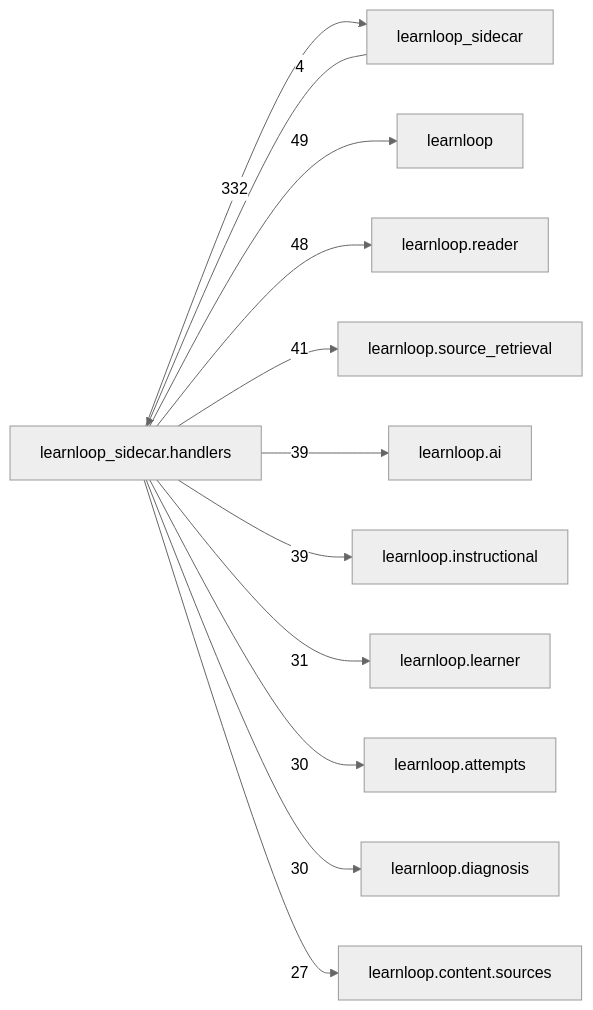
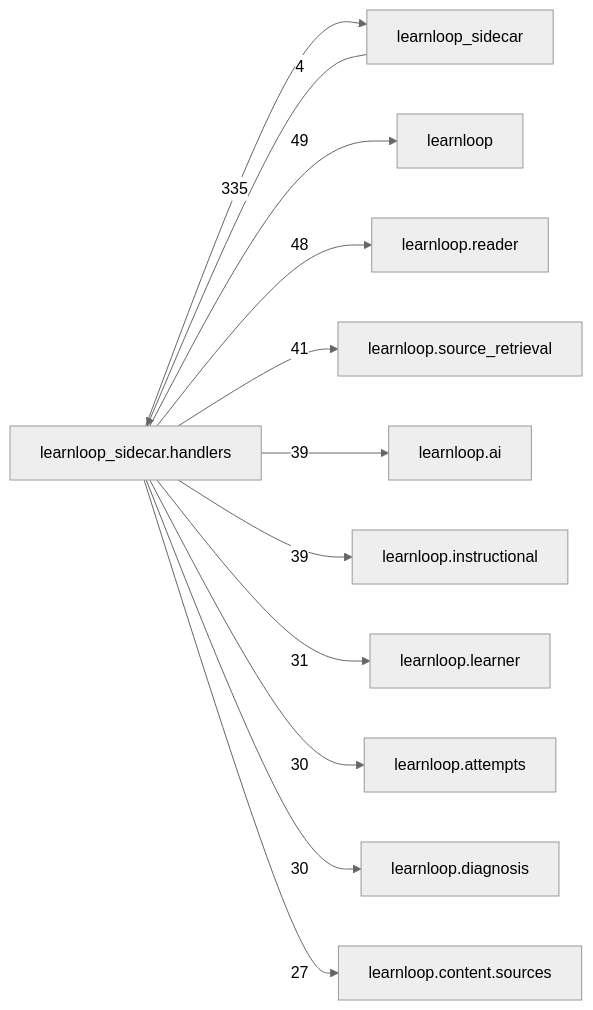
One commit to 6up-b/learnanything changed the diagram in docs/learnloop-architecture-vault/Reference/Modules/learnloop_sidecar/handlers/_package.md. Above: the diagram before and after it, drawn with Mermaid (neutral theme). The commit also changed other lines of this file and 29 other files, not shown here.

````diff
--- a/docs/learnloop-architecture-vault/Reference/Modules/learnloop_sidecar/handlers/_package.md
+++ b/docs/learnloop-architecture-vault/Reference/Modules/learnloop_sidecar/handlers/_package.md
@@ -269,25 +269,25 @@
 ```mermaid
 flowchart LR
     center["learnloop_sidecar.handlers"]
     n_learnloop_sidecar["learnloop_sidecar"]
     n_learnloop["learnloop"]
     n_learnloop_reader["learnloop.reader"]
     n_learnloop_source_retrieval["learnloop.source_retrieval"]
     n_learnloop_ai["learnloop.ai"]
     n_learnloop_instructional["learnloop.instructional"]
     n_learnloop_learner["learnloop.learner"]
     n_learnloop_attempts["learnloop.attempts"]
     n_learnloop_diagnosis["learnloop.diagnosis"]
     n_learnloop_content_sources["learnloop.content.sources"]
     n_learnloop_sidecar -->|4| center
-    center -->|332| n_learnloop_sidecar
+    center -->|335| n_learnloop_sidecar
     center -->|49| n_learnloop
     center -->|48| n_learnloop_reader
     center -->|41| n_learnloop_source_retrieval
     center -->|39| n_learnloop_ai
     center -->|39| n_learnloop_instructional
     center -->|31| n_learnloop_learner
     center -->|30| n_learnloop_attempts
     center -->|30| n_learnloop_diagnosis
     center -->|27| n_learnloop_content_sources
 ```
````
